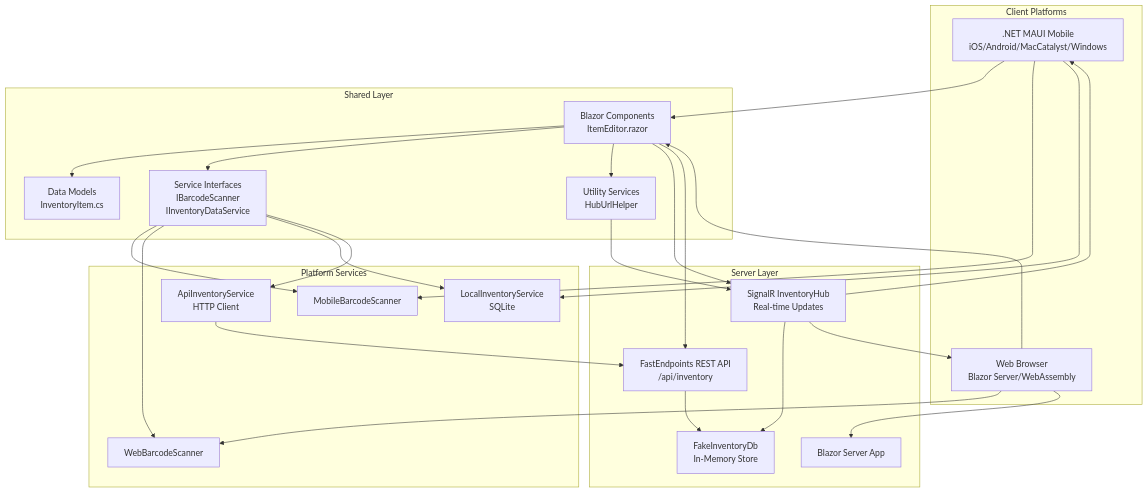
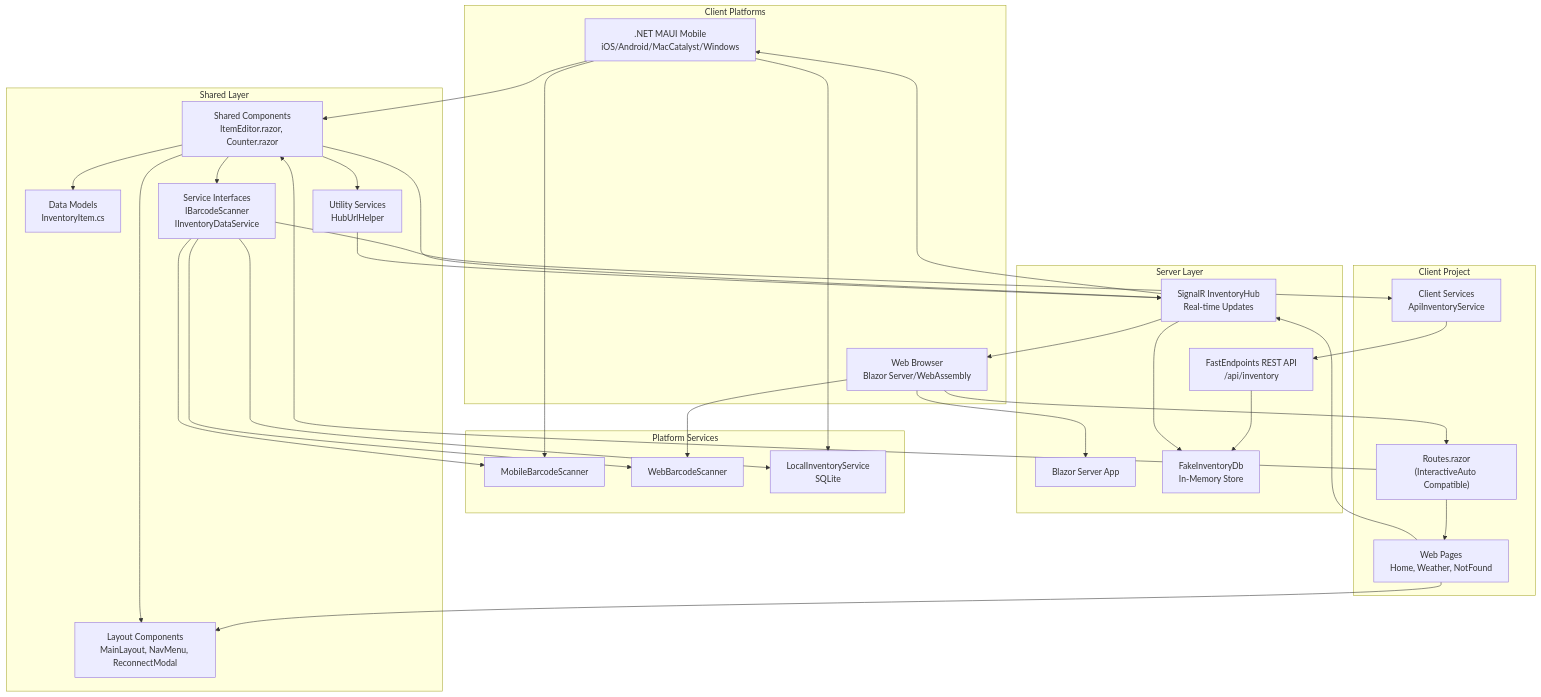
Before and after one commit to MaiQD/smartwarehouse: the diagram in README.md, drawn with Mermaid. The commit also changed other lines of this file and 11 other files, not shown here.

First line of the commit message:
Enhance README and restructure Blazor components for improved routing and rendering

````diff
--- a/README.md
+++ b/README.md
@@ -98,50 +109,60 @@
 ```mermaid
 graph TB
     subgraph Clients["Client Platforms"]
         Mobile[".NET MAUI Mobile<br/>iOS/Android/MacCatalyst/Windows"]
         Web["Web Browser<br/>Blazor Server/WebAssembly"]
     end
     
     subgraph Shared["Shared Layer"]
-        Components["Blazor Components<br/>ItemEditor.razor"]
+        Components["Shared Components<br/>ItemEditor.razor, Counter.razor"]
+        Layout["Layout Components<br/>MainLayout, NavMenu, ReconnectModal"]
         Models["Data Models<br/>InventoryItem.cs"]
         Interfaces["Service Interfaces<br/>IBarcodeScanner<br/>IInventoryDataService"]
         Helpers["Utility Services<br/>HubUrlHelper"]
+    end
+    
+    subgraph Client["Client Project"]
+        Routes["Routes.razor<br/>(InteractiveAuto Compatible)"]
+        WebPages["Web Pages<br/>Home, Weather, NotFound"]
+        ClientServices["Client Services<br/>ApiInventoryService"]
     end
     
     subgraph Services["Platform Services"]
         MobileScanner["MobileBarcodeScanner"]
         WebScanner["WebBarcodeScanner"]
         LocalDataService["LocalInventoryService<br/>SQLite"]
-        ApiDataService["ApiInventoryService<br/>HTTP Client"]
     end
     
     subgraph Server["Server Layer"]
         API["FastEndpoints REST API<br/>/api/inventory"]
         Hub["SignalR InventoryHub<br/>Real-time Updates"]
         WebApp["Blazor Server App"]
         DataStore["FakeInventoryDb<br/>In-Memory Store"]
     end
     
     Mobile --> Components
-    Web --> Components
+    Web --> Routes
+    Routes --> WebPages
+    Routes --> Components
+    WebPages --> Layout
+    Components --> Layout
     Components --> Models
     Components --> Interfaces
     Components --> Helpers
     Interfaces --> MobileScanner
     Interfaces --> WebScanner
     Interfaces --> LocalDataService
-    Interfaces --> ApiDataService
+    Interfaces --> ClientServices
     Mobile --> MobileScanner
     Web --> WebScanner
     Mobile --> LocalDataService
-    ApiDataService --> API
+    ClientServices --> API
     Components --> Hub
-    Components --> API
+    WebPages --> Hub
     Helpers --> Hub
     API --> DataStore
     Hub --> DataStore
     Hub --> Mobile
     Hub --> Web
     Web --> WebApp
 ```
````
